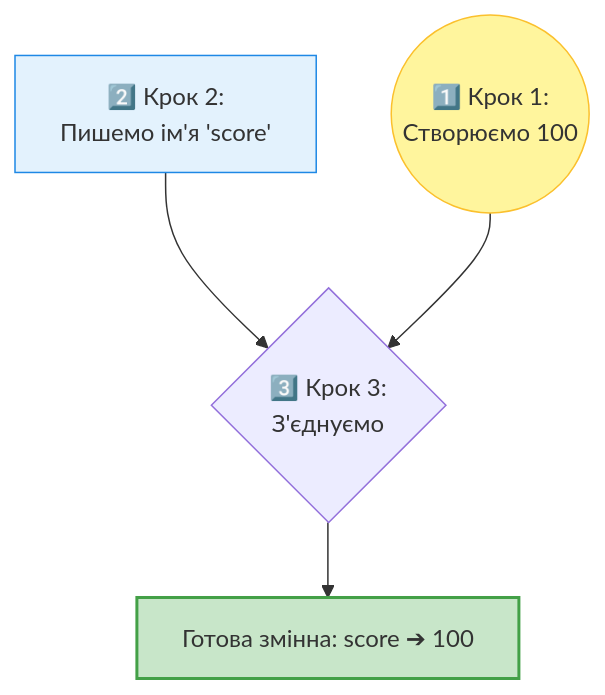
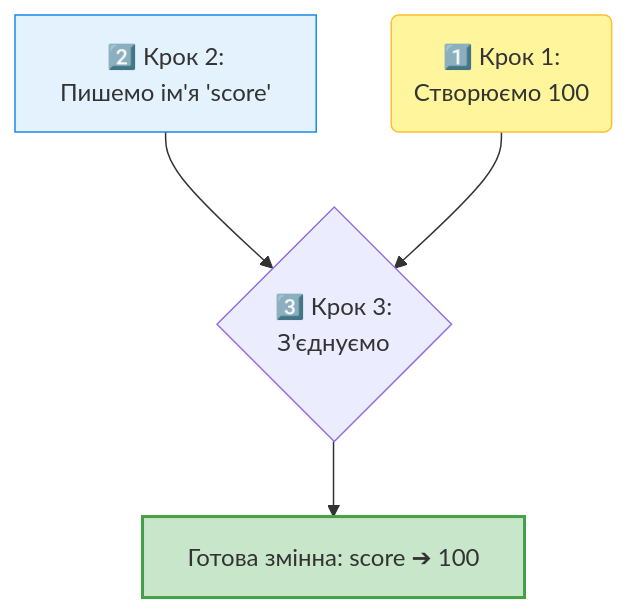
The second of 4 diagrams in content/Курс python/lesson1.md (dmytroway/python3-code-inf), drawn with Mermaid before and after one commit. The commit also changed other lines of this file, not shown here.

````diff
--- a/content/Курс python/lesson1.md
+++ b/content/Курс python/lesson1.md
@@ -85,21 +86,21 @@
 ```mermaid
-graph TD
+flowchart TD
     %% Крок 1
-    Step1(("1️⃣ Крок 1:<br/>Створюємо 100"))
+    Step1("1️⃣ Крок 1:<br/>Створюємо 100")
     
     %% Крок 2
     Step2["2️⃣ Крок 2:<br/>Пишемо ім'я 'score'"]
     
-    %% Крок 3 (Дія)
-    Action{3️⃣ Крок 3:<br/>З'єднуємо}
+    %% Крок 3 (Дія) - ТУТ БУЛА ПОМИЛКА (додано лапки)
+    Action{"3️⃣ Крок 3:<br/>З'єднуємо"}
 
     %% Зв'язки
     Step2 --> Action
     Step1 --> Action
     Action --> Result["Готова змінна: score ➔ 100"]
 
     %% Стилі
     style Step1 fill:#FFF59D,stroke:#FBC02D
     style Step2 fill:#E3F2FD,stroke:#1E88E5
     style Result fill:#C8E6C9,stroke:#43A047,stroke-width:2px
 ```
````
